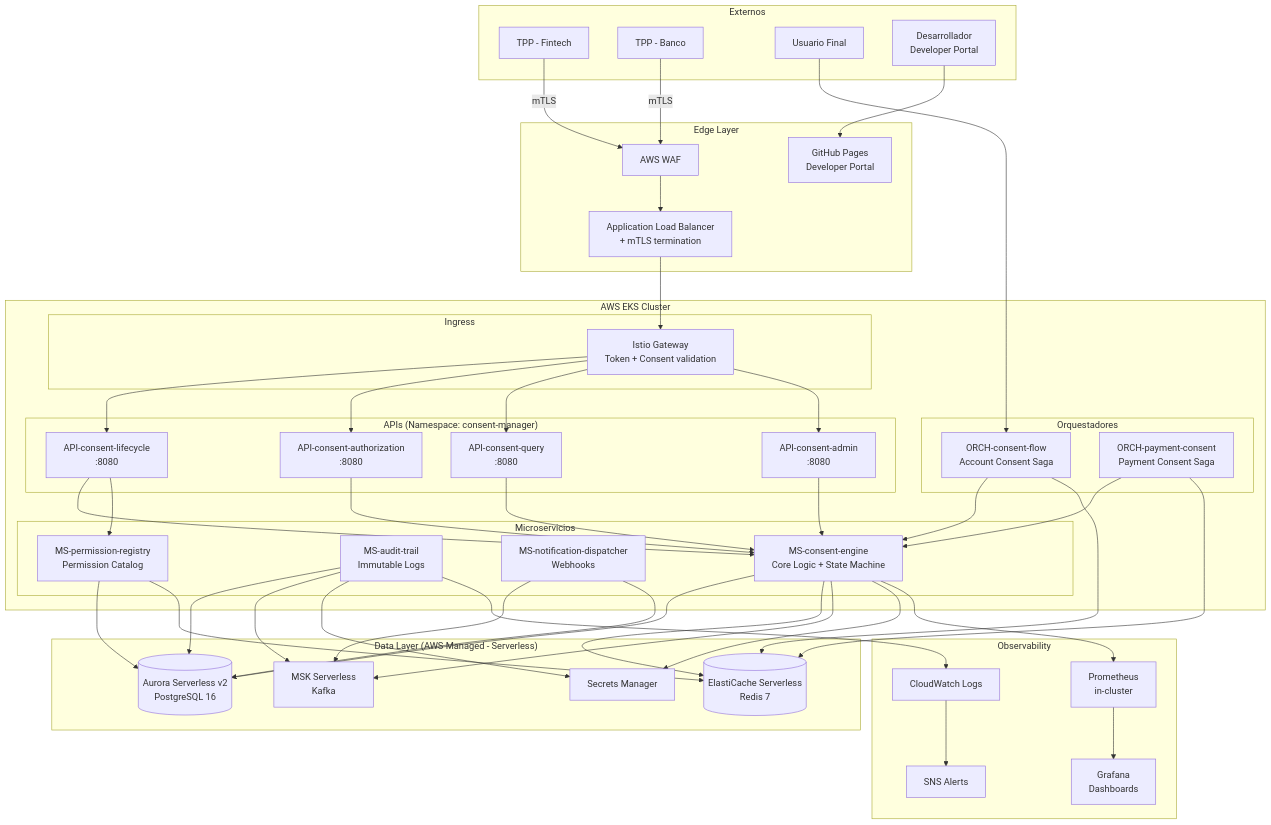
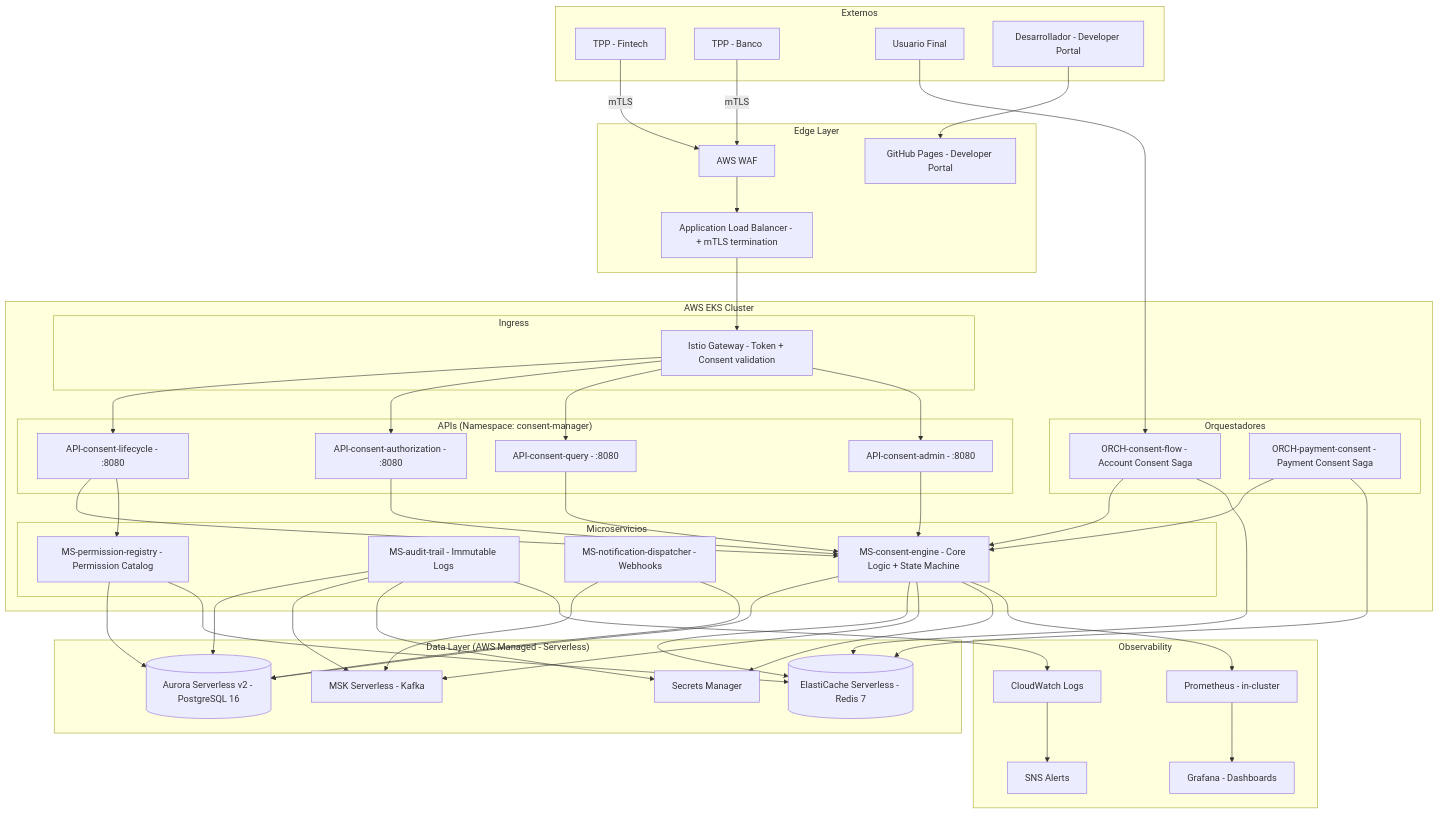
The first of 6 diagrams in docs/architecture/architecture.md (somospragma/integration-consent-manager), drawn with Mermaid before and after one commit. The commit also changed other lines of this file and 9 other files, not shown here.

Commit message:
fix: corregir diagramas Mermaid - quitar paréntesis y \n incompatibles con GitHub

```diff
--- a/docs/architecture/architecture.md
+++ b/docs/architecture/architecture.md
@@ -8,51 +8,51 @@
         TPP1[TPP - Fintech]
         TPP2[TPP - Banco]
         USER[Usuario Final]
-        DEV[Desarrollador\nDeveloper Portal]
+        DEV[Desarrollador - Developer Portal]
     end
 
     subgraph "Edge Layer"
-        GH_PAGES[GitHub Pages\nDeveloper Portal]
+        GH_PAGES[GitHub Pages - Developer Portal]
         WAF[AWS WAF]
-        ALB[Application Load Balancer\n+ mTLS termination]
+        ALB[Application Load Balancer - + mTLS termination]
     end
 
     subgraph "AWS EKS Cluster"
         subgraph "Ingress"
-            ISTIO_GW[Istio Gateway\nToken + Consent validation]
+            ISTIO_GW[Istio Gateway - Token + Consent validation]
         end
 
         subgraph "APIs (Namespace: consent-manager)"
-            API_LC[API-consent-lifecycle\n:8080]
-            API_AUTH[API-consent-authorization\n:8080]
-            API_QRY[API-consent-query\n:8080]
-            API_ADM[API-consent-admin\n:8080]
+            API_LC[API-consent-lifecycle - :8080]
+            API_AUTH[API-consent-authorization - :8080]
+            API_QRY[API-consent-query - :8080]
+            API_ADM[API-consent-admin - :8080]
         end
 
         subgraph "Microservicios"
-            MS_ENGINE[MS-consent-engine\nCore Logic + State Machine]
-            MS_AUDIT[MS-audit-trail\nImmutable Logs]
-            MS_NOTIF[MS-notification-dispatcher\nWebhooks]
-            MS_PERM[MS-permission-registry\nPermission Catalog]
+            MS_ENGINE[MS-consent-engine - Core Logic + State Machine]
+            MS_AUDIT[MS-audit-trail - Immutable Logs]
+            MS_NOTIF[MS-notification-dispatcher - Webhooks]
+            MS_PERM[MS-permission-registry - Permission Catalog]
         end
 
         subgraph "Orquestadores"
-            ORCH_FLOW[ORCH-consent-flow\nAccount Consent Saga]
-            ORCH_PAY[ORCH-payment-consent\nPayment Consent Saga]
+            ORCH_FLOW[ORCH-consent-flow - Account Consent Saga]
+            ORCH_PAY[ORCH-payment-consent - Payment Consent Saga]
         end
     end
 
     subgraph "Data Layer (AWS Managed - Serverless)"
-        AURORA[(Aurora Serverless v2\nPostgreSQL 16)]
-        REDIS[(ElastiCache Serverless\nRedis 7)]
-        MSK[MSK Serverless\nKafka]
+        AURORA[(Aurora Serverless v2 - PostgreSQL 16)]
+        REDIS[(ElastiCache Serverless - Redis 7)]
+        MSK[MSK Serverless - Kafka]
         SECRETS[Secrets Manager]
     end
 
     subgraph "Observability"
         CW[CloudWatch Logs]
-        PROM[Prometheus\nin-cluster]
-        GRAFANA[Grafana\nDashboards]
+        PROM[Prometheus - in-cluster]
+        GRAFANA[Grafana - Dashboards]
         SNS[SNS Alerts]
     end
 
```
